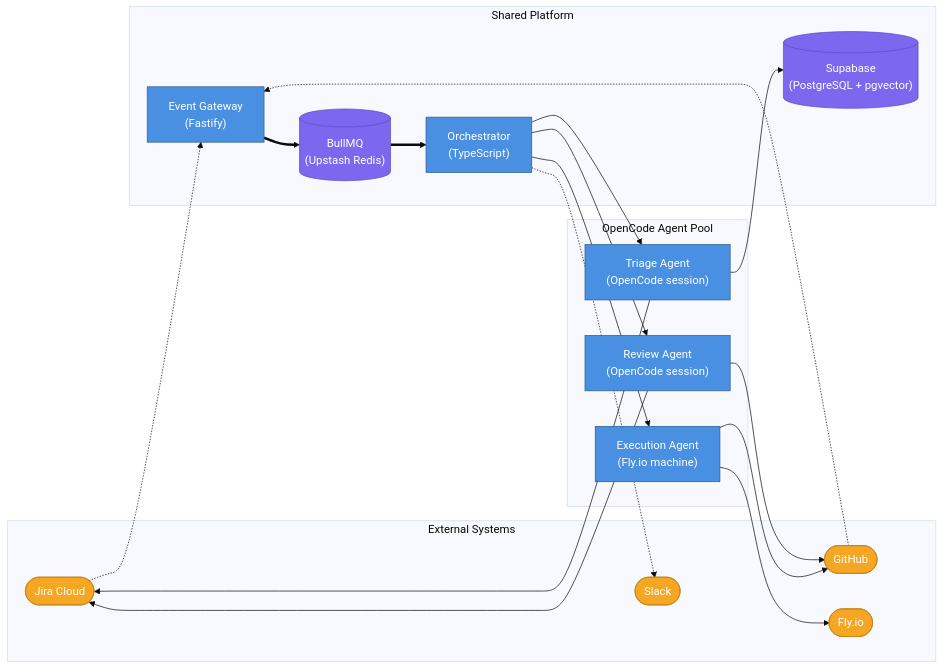
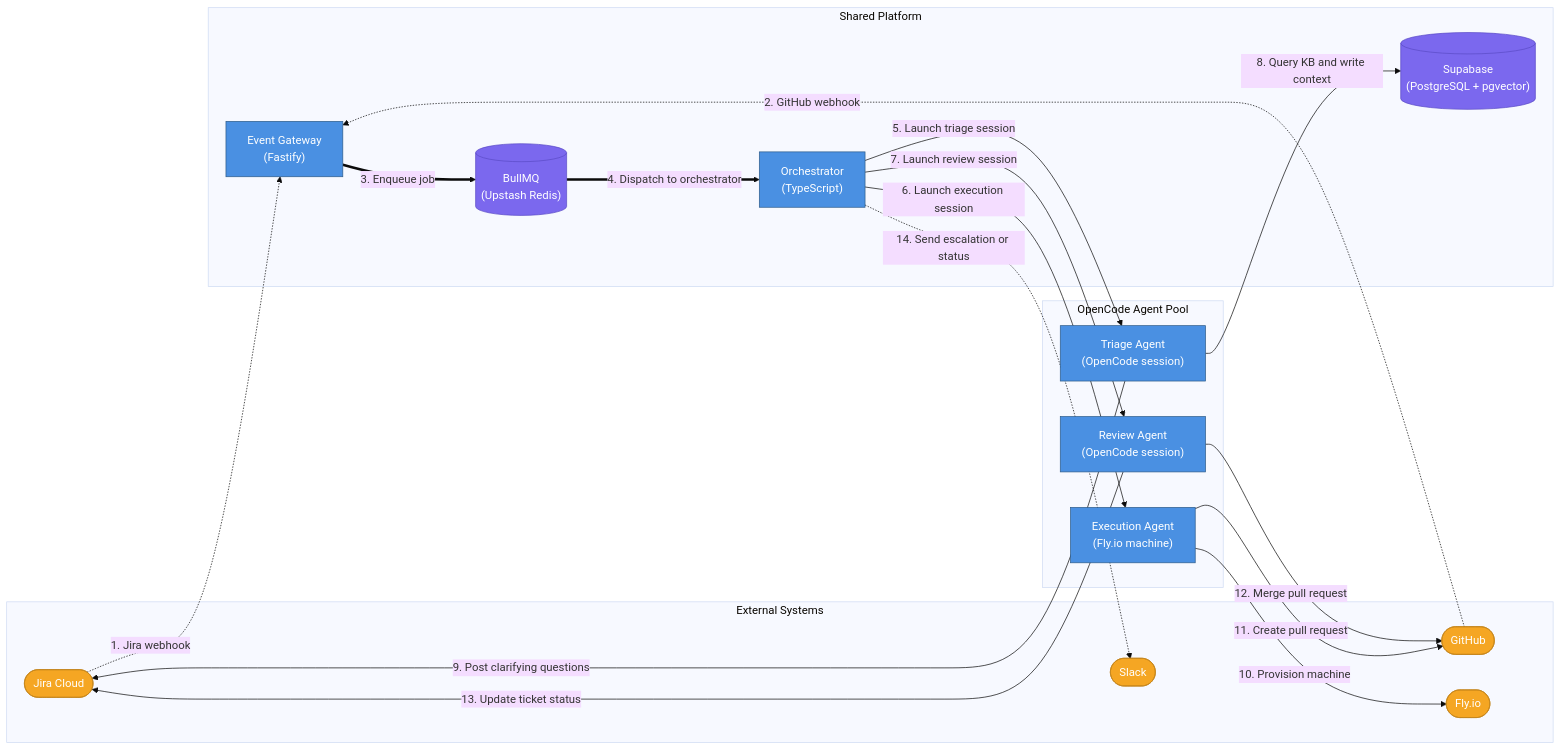
Before and after one commit to viiqswim/dozaldevs-ai-employee: the fifth of 15 diagrams in docs/2026-03-22-2317-ai-employee-architecture.md, drawn with Mermaid (base theme). The commit also changed other lines of this file, not shown here.

Commit message:
docs: add numbered arrows and flow walkthroughs to all diagrams

````diff
--- a/docs/2026-03-22-2317-ai-employee-architecture.md
+++ b/docs/2026-03-22-2317-ai-employee-architecture.md
@@ -522,41 +582,41 @@
 ```mermaid
 graph LR
     subgraph External Systems
         JIRA(["Jira Cloud"]):::external
         GH(["GitHub"]):::external
         SLACK(["Slack"]):::external
         FLY(["Fly.io"]):::external
     end
 
     subgraph Shared Platform
         INGEST["Event Gateway\n(Fastify)"]:::service
         QUEUE[("BullMQ\n(Upstash Redis)")]:::storage
         SUPABASE[("Supabase\n(PostgreSQL + pgvector)")]:::storage
         ORCH["Orchestrator\n(TypeScript)"]:::service
     end
 
     subgraph OpenCode Agent Pool
         TRIAGE["Triage Agent\n(OpenCode session)"]:::service
         EXEC["Execution Agent\n(Fly.io machine)"]:::service
         REVIEW["Review Agent\n(OpenCode session)"]:::service
     end
 
-    JIRA -.-> INGEST
-    GH -.-> INGEST
-    INGEST ==> QUEUE
-    QUEUE ==> ORCH
-    ORCH --> TRIAGE
-    ORCH --> EXEC
-    ORCH --> REVIEW
-    TRIAGE --> SUPABASE
-    TRIAGE --> JIRA
-    EXEC --> FLY
-    EXEC --> GH
-    REVIEW --> GH
-    REVIEW --> JIRA
-    ORCH -.-> SLACK
+    JIRA -.->|"1. Jira webhook"| INGEST
+    GH -.->|"2. GitHub webhook"| INGEST
+    INGEST ==>|"3. Enqueue job"| QUEUE
+    QUEUE ==>|"4. Dispatch to orchestrator"| ORCH
+    ORCH -->|"5. Launch triage session"| TRIAGE
+    ORCH -->|"6. Launch execution session"| EXEC
+    ORCH -->|"7. Launch review session"| REVIEW
+    TRIAGE -->|"8. Query KB and write context"| SUPABASE
+    TRIAGE -->|"9. Post clarifying questions"| JIRA
+    EXEC -->|"10. Provision machine"| FLY
+    EXEC -->|"11. Create pull request"| GH
+    REVIEW -->|"12. Merge pull request"| GH
+    REVIEW -->|"13. Update ticket status"| JIRA
+    ORCH -.->|"14. Send escalation or status"| SLACK
 
     classDef service fill:#4A90E2,stroke:#2E5C8A,color:#fff
     classDef storage fill:#7B68EE,stroke:#5B4BC7,color:#fff
     classDef external fill:#F5A623,stroke:#C4841A,color:#fff
 ```
````
